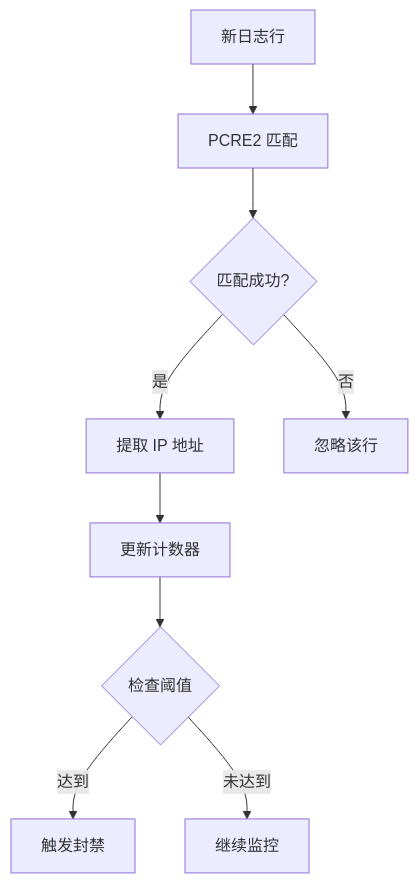
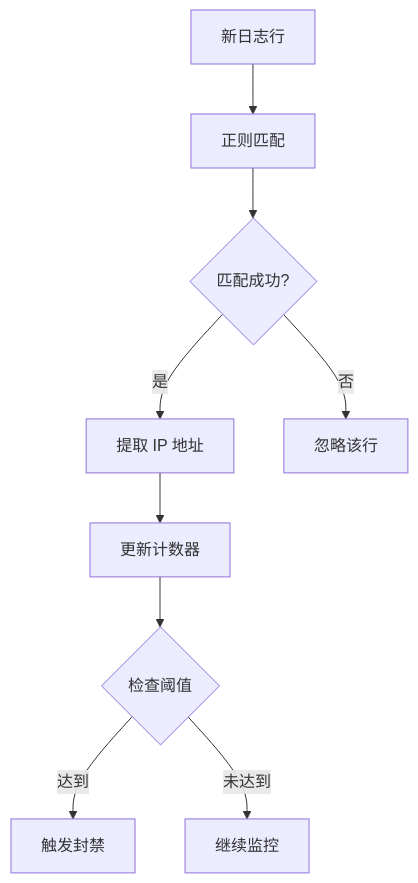
Before and after one commit to SnowCore8/linux-firewall-kmod: the third of 6 diagrams in docs/zh/architecture/daemon.md, drawn with Mermaid. The commit also changed other lines of this file and 35 other files, not shown here.

````diff
--- a/docs/zh/architecture/daemon.md
+++ b/docs/zh/architecture/daemon.md
@@ -138,11 +130,11 @@
 ```mermaid
 graph TB
-    A["新日志行"] --> B["PCRE2 匹配"]
+    A["新日志行"] --> B["正则匹配"]
     B --> C{"匹配成功?"}
     C -->|是| D["提取 IP 地址"]
     C -->|否| E["忽略该行"]
     D --> F["更新计数器"]
     F --> G{"检查阈值"}
     G -->|达到| H["触发封禁"]
     G -->|未达到| I["继续监控"]
 ```
````
